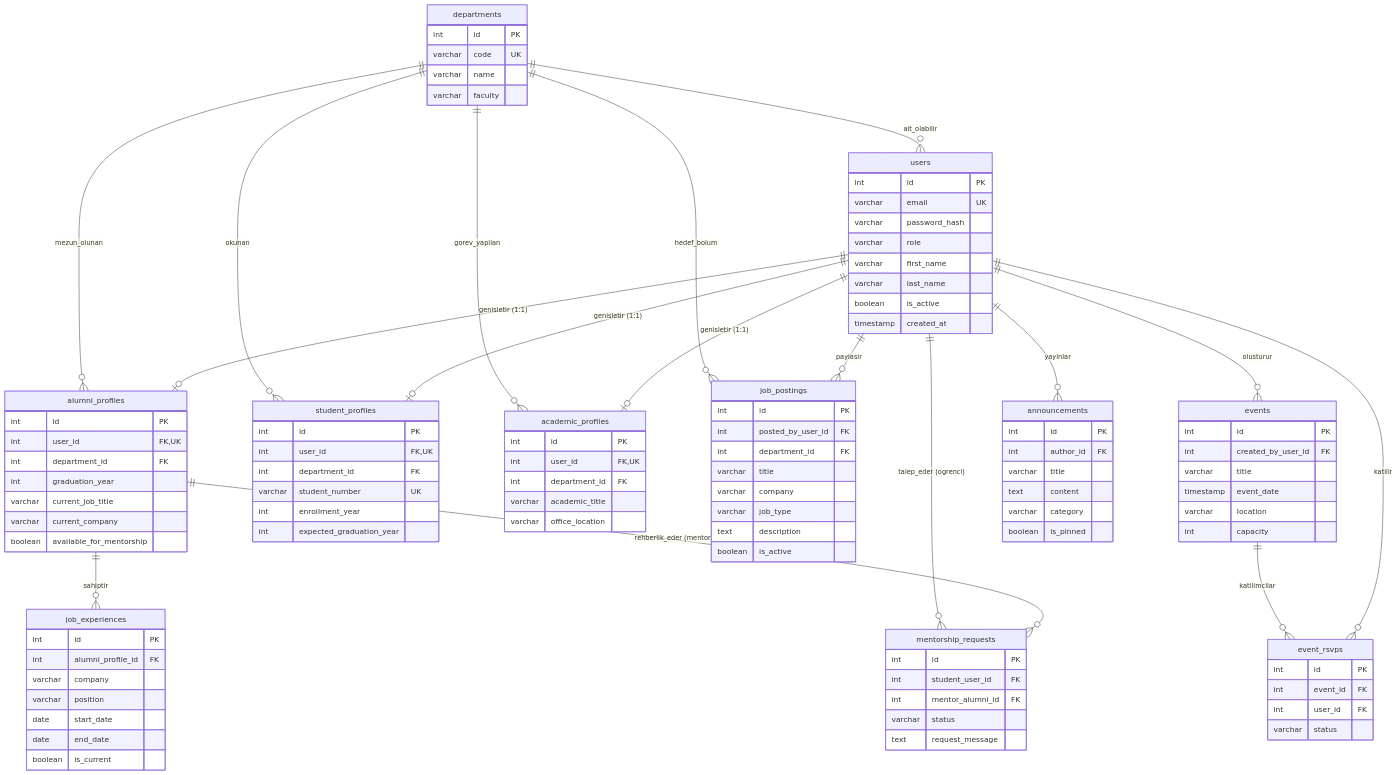
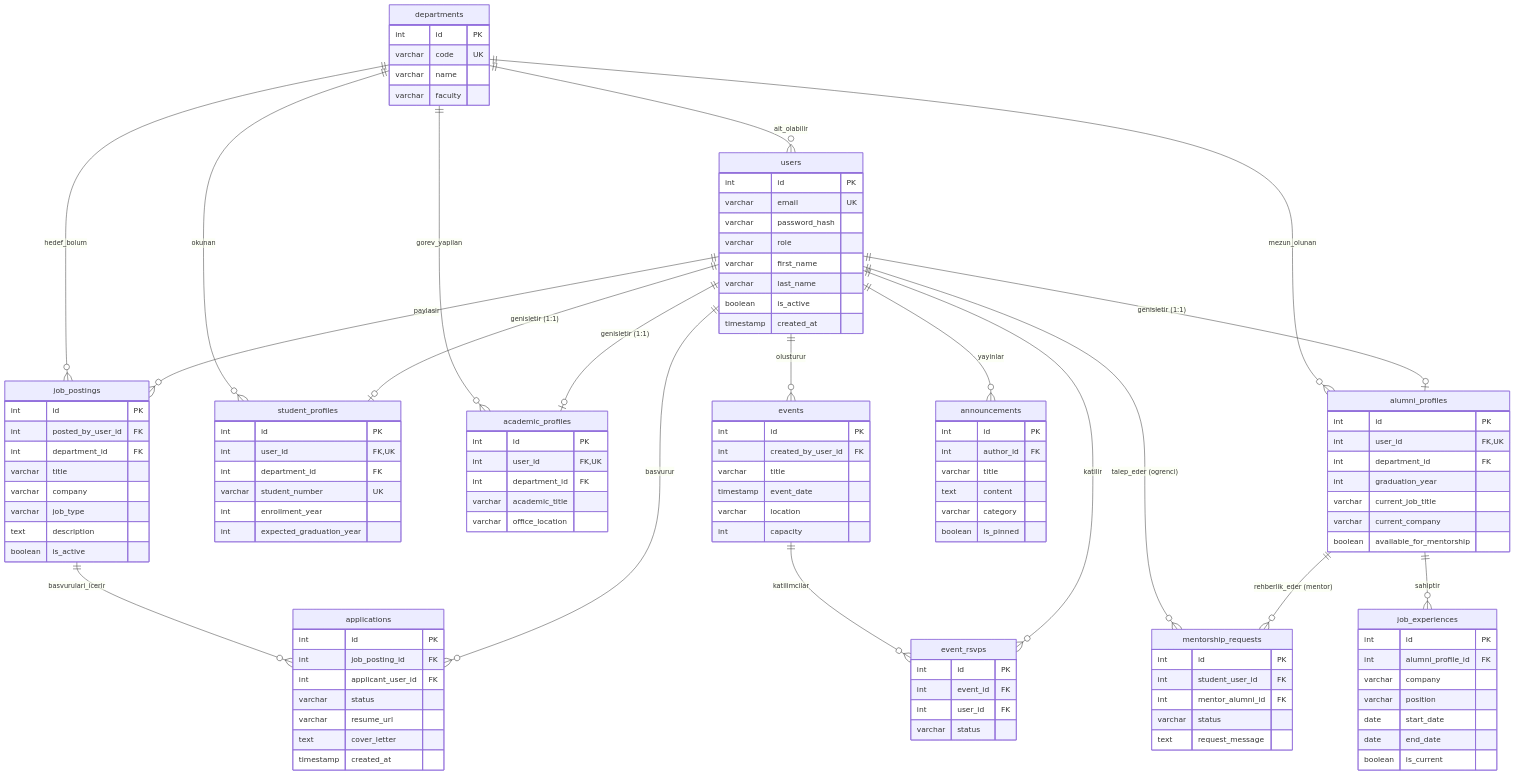
One commit to Hkantosun/Alumni changed the diagram in ddd.md. Above: the diagram before and after it, drawn with Mermaid. The commit also changed other lines of this file, not shown here.

Commit message:
docs(db): add applications table schema, ER diagram and indexes to ddd.md

````diff
--- a/ddd.md
+++ b/ddd.md
@@ -66,6 +67,8 @@
     users ||--o{ event_rsvps : "katilir"
 
     users ||--o{ announcements : "yayinlar"
+    job_postings ||--o{ applications : "basvurulari_icerir"
+    users ||--o{ applications : "basvurur"
 
     departments {
         int id PK
@@ -165,4 +168,14 @@
         varchar category
         boolean is_pinned
     }
+
+    applications {
+        int id PK
+        int job_posting_id FK
+        int applicant_user_id FK
+        varchar status
+        varchar resume_url
+        text cover_letter
+        timestamp created_at
+    }
 ```
````
